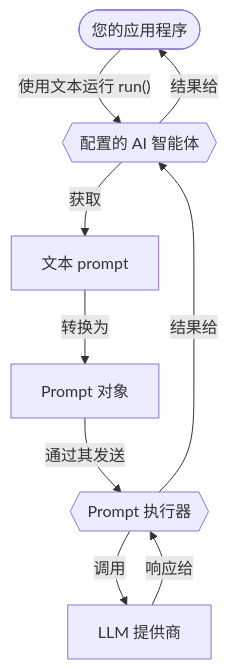
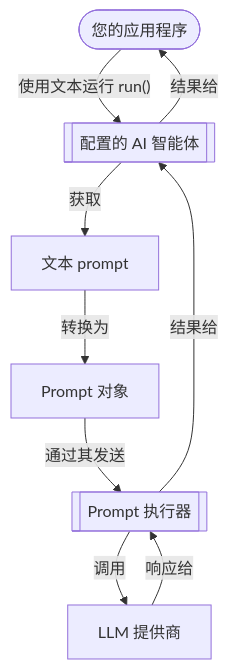
The second of 2 diagrams in docs/koog/prompts/index.md (BinaryTape/Open-Docs), drawn with Mermaid before and after one commit. The commit also changed 41 other files, not shown here.

````diff
--- a/docs/koog/prompts/index.md
+++ b/docs/koog/prompts/index.md
@@ -177,18 +177,18 @@
 ```mermaid
 flowchart TB
     A([您的应用程序])
-    B{{配置的 AI 智能体}}
+    B[[配置的 AI 智能体]]
     C["文本 prompt"]
     D["Prompt 对象"]
-    E{{Prompt 执行器}}
+    E[[Prompt 执行器]]
     F[LLM 提供商]
 
     A -->|"使用文本运行 run()"| B
     B -->|"获取"| C
     C -->|"转换为"| D
     D -->|"通过其发送"| E
     E -->|"调用"| F
     F -->|"响应给"| E
     E -->|"结果给"| B
     B -->|"结果给"| A
 ```
````
